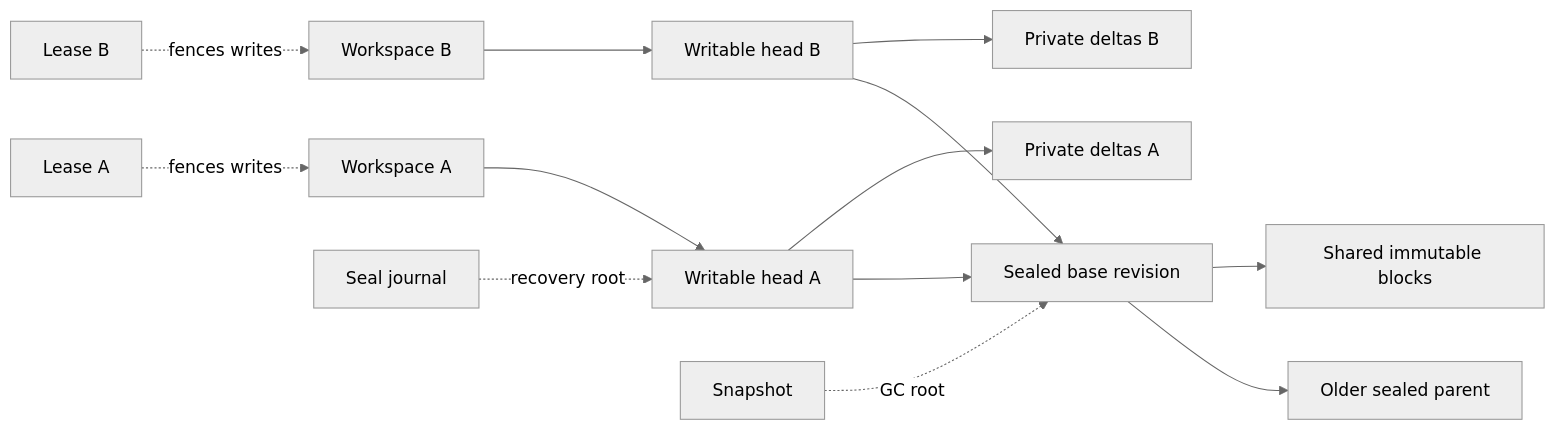
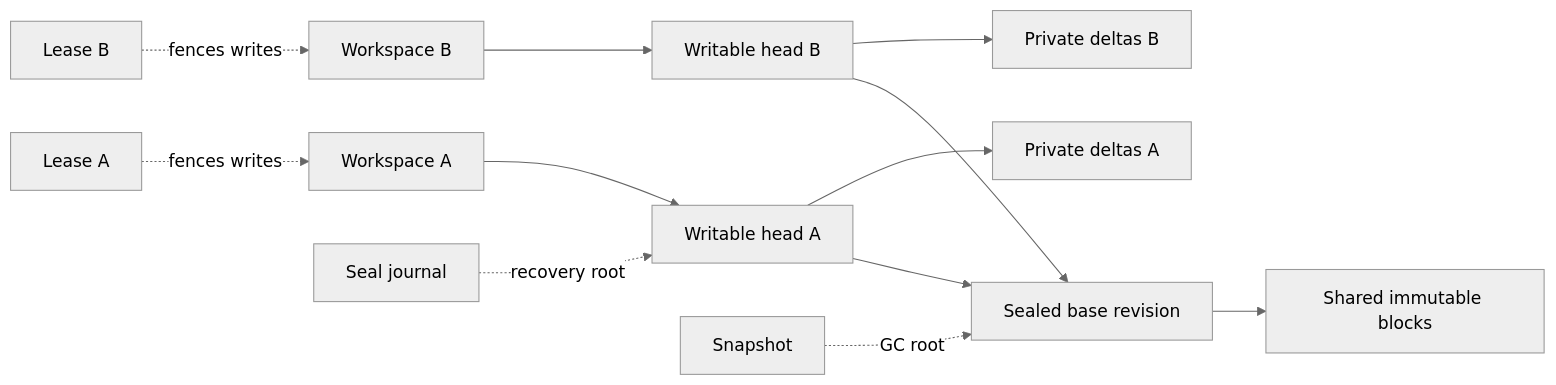
The second of 3 diagrams in doc/architecture/workspace-overlay.md (brewfs/brewfs), drawn with Mermaid (neutral theme) before and after one commit. The commit also changed other lines of this file and 11 other files, not shown here.

````diff
--- a/doc/architecture/workspace-overlay.md
+++ b/doc/architecture/workspace-overlay.md
@@ -68,17 +70,15 @@
 ```mermaid
 flowchart LR
     WS1[Workspace A] --> HA[Writable head A]
     WS2[Workspace B] --> HB[Writable head B]
     HA --> Base[Sealed base revision]
     HB --> Base
-    Base --> Parent[Older sealed parent]
-
     LeaseA[Lease A] -. fences writes .-> WS1
     LeaseB[Lease B] -. fences writes .-> WS2
     Snap[Snapshot] -. GC root .-> Base
     Journal[Seal journal] -. recovery root .-> HA
 
     HA --> DA[Private deltas A]
     HB --> DB[Private deltas B]
     Base --> Blocks[Shared immutable blocks]
 ```
````
